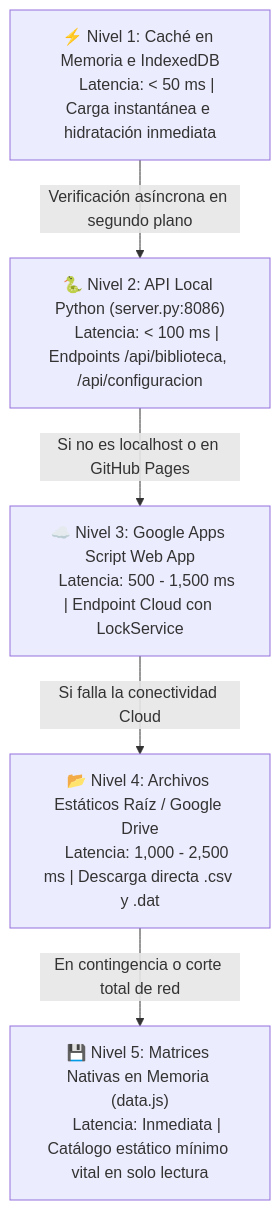
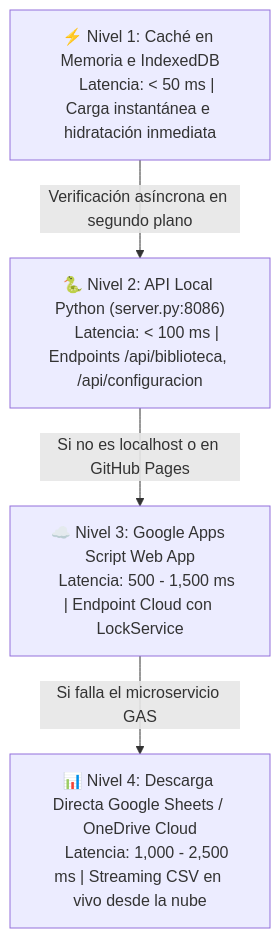
Before and after one commit to unionsaludvida2/gestiondocumental: the second of 14 diagrams in reglas_de_negocio.md, drawn with Mermaid. The commit also changed other lines of this file and 12 other files, not shown here.

````diff
--- a/reglas_de_negocio.md
+++ b/reglas_de_negocio.md
@@ -185,13 +188,11 @@
 ```mermaid
 flowchart TD
     N1["⚡ Nivel 1: Caché en Memoria e IndexedDB
     Latencia: < 50 ms | Carga instantánea e hidratación inmediata"]
     -->|"Verificación asíncrona en segundo plano"| N2["🐍 Nivel 2: API Local Python (server.py:8086)
     Latencia: < 100 ms | Endpoints /api/biblioteca, /api/configuracion"]
     -->|"Si no es localhost o en GitHub Pages"| N3["☁️ Nivel 3: Google Apps Script Web App
     Latencia: 500 - 1,500 ms | Endpoint Cloud con LockService"]
-    -->|"Si falla la conectividad Cloud"| N4["📂 Nivel 4: Archivos Estáticos Raíz / Google Drive
-    Latencia: 1,000 - 2,500 ms | Descarga directa .csv y .dat"]
-    -->|"En contingencia o corte total de red"| N5["💾 Nivel 5: Matrices Nativas en Memoria (data.js)
-    Latencia: Inmediata | Catálogo estático mínimo vital en solo lectura"]
+    -->|"Si falla el microservicio GAS"| N4["📊 Nivel 4: Descarga Directa Google Sheets / OneDrive Cloud
+    Latencia: 1,000 - 2,500 ms | Streaming CSV en vivo desde la nube"]
 ```
````
